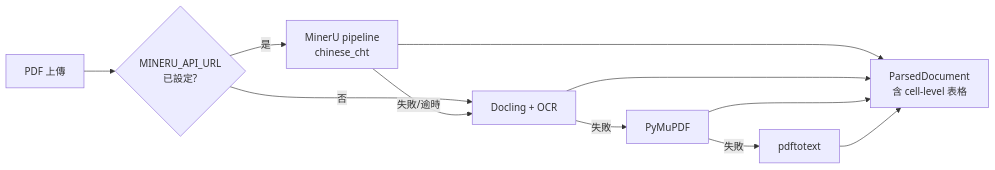
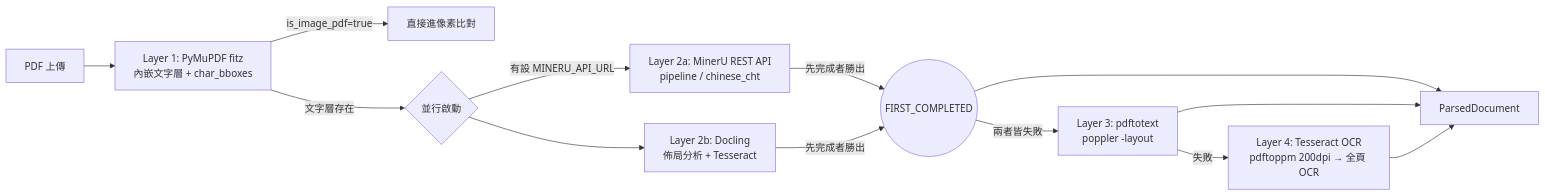
Before and after one commit to a9181873/PDF_check_minerU: the second of 4 diagrams in docs/technical-architecture.md, drawn with Mermaid. The commit also changed other lines of this file and 2 other files, not shown here.

Commit message:
feat: 效能優化 (並行解析、Sliding Window 合併、動態 DPI 像素比對) 並更新文件

````diff
--- a/docs/technical-architecture.md
+++ b/docs/technical-architecture.md
@@ -104,13 +104,15 @@
 ```mermaid
 graph LR
-    A[PDF 上傳] --> B{MINERU_API_URL<br/>已設定?}
-    B -->|是| C[MinerU pipeline<br/>chinese_cht]
-    B -->|否| E[Docling + OCR]
-    C -->|失敗/逾時| E
-    E -->|失敗| F[PyMuPDF]
-    F -->|失敗| G[pdftotext]
-    C --> H[ParsedDocument<br/>含 cell-level 表格]
-    E --> H
+    A[PDF 上傳] --> P[Layer 1: PyMuPDF fitz<br/>內嵌文字層 + char_bboxes]
+    P -->|is_image_pdf=true| PIX[直接進像素比對]
+    P -->|文字層存在| PAR{並行啟動}
+    PAR -->|有設 MINERU_API_URL| C[Layer 2a: MinerU REST API<br/>pipeline / chinese_cht]
+    PAR --> E[Layer 2b: Docling<br/>佈局分析 + Tesseract]
+    C -->|先完成者勝出| W((FIRST_COMPLETED))
+    E -->|先完成者勝出| W
+    W -->|兩者皆失敗| F[Layer 3: pdftotext<br/>poppler -layout]
+    F -->|失敗| G[Layer 4: Tesseract OCR<br/>pdftoppm 200dpi → 全頁 OCR]
+    W --> H[ParsedDocument]
     F --> H
     G --> H
 ```
````
